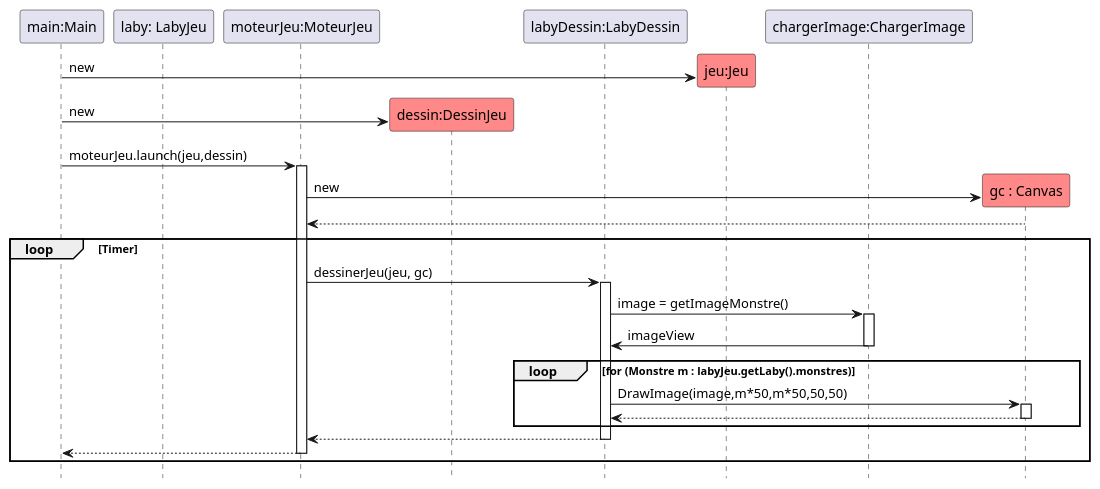
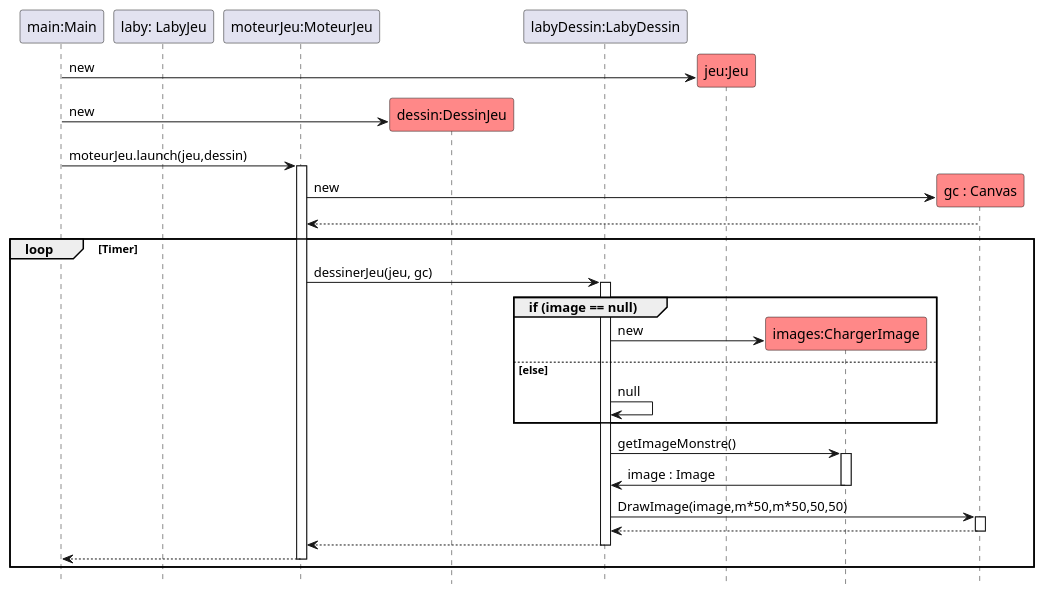
One commit to OoNeal/2022_zeldiablo_rionde8u_povoas1u_melchior25u_arnaud35u changed the diagram in documents/version_5/DiagSeq_AjoutImage_Monstre.puml. Above: the diagram before and after it, drawn with PlantUML.

Commit message:
Modifications du DiagSeq_AjoutImage_Monstre.puml

```diff
--- a/documents/version_5/DiagSeq_AjoutImage_Monstre.puml
+++ b/documents/version_5/DiagSeq_AjoutImage_Monstre.puml
@@ -1,42 +1,47 @@
 @startuml
 hide footbox
 
 participant "main:Main" as main
 participant "laby: LabyJeu" as l
 participant "moteurJeu:MoteurJeu" as m
 participant "dessin:DessinJeu" as r #FF8888
 participant "labyDessin:LabyDessin" as d
 participant "jeu:Jeu" as game #FF8888
-participant "chargerImage:ChargerImage" as ci
+participant "images:ChargerImage" as i #FF8888
 participant "gc : Canvas" as gc #FF8888
 create game
 main-> game : new
 create r
 main-> r :new
 main -> m : moteurJeu.launch(jeu,dessin)
 activate m
 create gc
 m -> gc : new
 m <-- gc
 loop Timer
 m -> d : dessinerJeu(jeu, gc)
 activate d
-d -> ci  : image = getImageMonstre()
-activate ci
-ci -> d : imageView
-deactivate ci
-loop for (Monstre m : labyJeu.getLaby().monstres)
+group if (image == null)
+create i
+d -> i : new
+deactivate i
+else else
+d -> d : null
+end
+d -> i  : getImageMonstre()
+activate i
+i -> d : image : Image
+deactivate i
 d -> gc : DrawImage(image,m*50,m*50,50,50)
 activate gc
 d <-- gc
 deactivate gc
-end group
 m <-- d
 deactivate d
 main <-- m
 deactivate m
 end
 
 deactivate l
 
 @enduml
```
